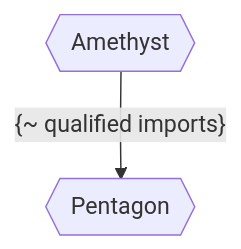
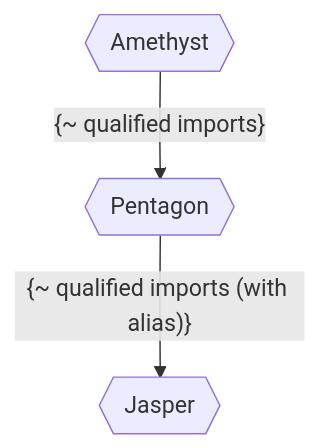
The diagram in human-readable code/New Variants.md (DrasilOrg/Notes), drawn with Mermaid before and after one commit. The commit also changed other lines of this file, not shown here.

Commit message:
New variant: Jasper

````diff
--- a/human-readable code/New Variants.md
+++ b/human-readable code/New Variants.md
@@ -50,5 +50,6 @@
 ```mermaid
 flowchart TD
     amethyst{{Amethyst}} -- {~ qualified imports} --> pentagon{{Pentagon}}
+    pentagon -- {~ qualified imports (with alias)} --> jasper{{Jasper}}
     %%-- ? --> ?
 ```
````
